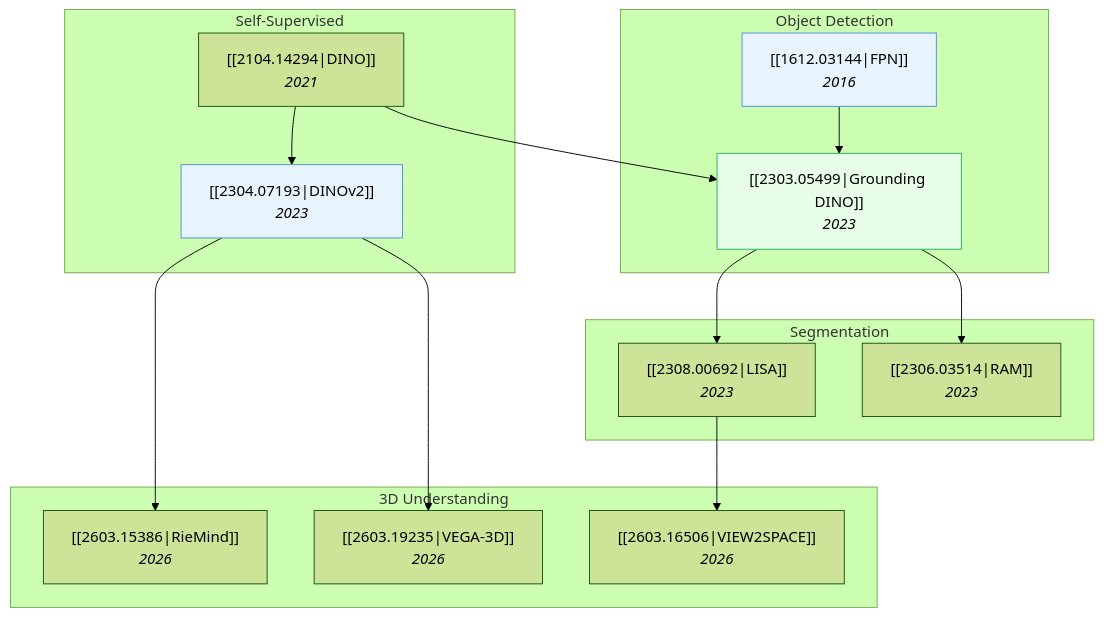
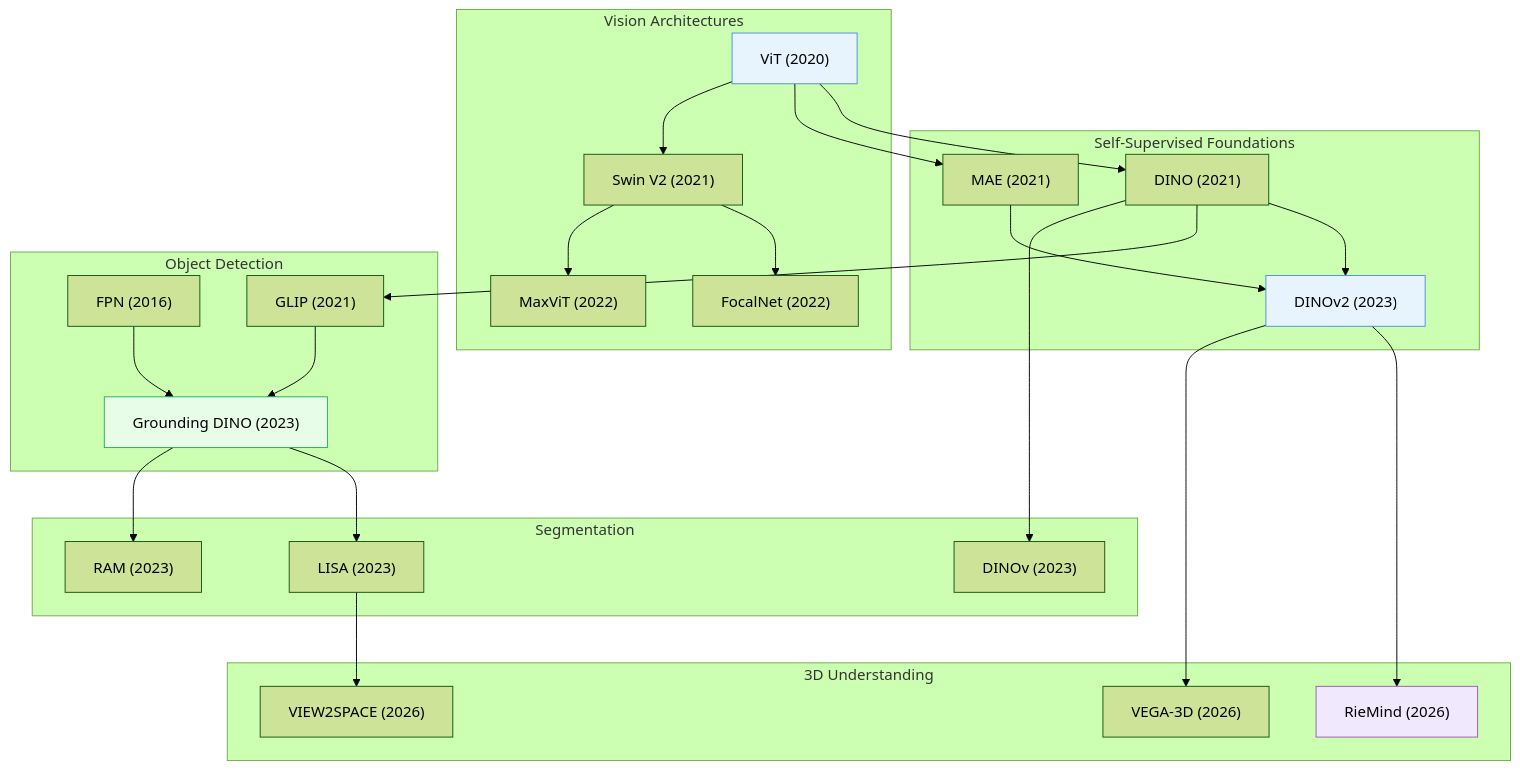
One commit to ChuaHanChong/ResearchBrain changed the diagram in General/05_Computer-Vision-and-3D.md. Above: the diagram before and after it, drawn with Mermaid (forest theme). The commit also changed other lines of this file and 53 other files, not shown here.

````diff
--- a/General/05_Computer-Vision-and-3D.md
+++ b/General/05_Computer-Vision-and-3D.md
@@ -20,36 +24,55 @@
 ```mermaid
 graph TD
-    subgraph "Object Detection"
-        A["[[1612.03144|FPN]]<br/><i>2016</i>"]
-        B["[[2303.05499|Grounding DINO]]<br/><i>2023</i>"]
+    subgraph "Self-Supervised Foundations"
+        A["DINO (2021)"]
+        B["MAE (2021)"]
+        C["DINOv2 (2023)"]
     end
 
-    subgraph "Self-Supervised"
-        C["[[2104.14294|DINO]]<br/><i>2021</i>"]
-        D["[[2304.07193|DINOv2]]<br/><i>2023</i>"]
+    subgraph "Vision Architectures"
+        D["ViT (2020)"]
+        E["Swin V2 (2021)"]
+        F["FocalNet (2022)"]
+        G["MaxViT (2022)"]
+    end
+
+    subgraph "Object Detection"
+        H["FPN (2016)"]
+        I["Grounding DINO (2023)"]
+        J["GLIP (2021)"]
     end
 
     subgraph "Segmentation"
-        E["[[2308.00692|LISA]]<br/><i>2023</i>"]
-        F["[[2306.03514|RAM]]<br/><i>2023</i>"]
+        K["LISA (2023)"]
+        L["RAM (2023)"]
+        M["DINOv (2023)"]
     end
 
     subgraph "3D Understanding"
-        G["[[2603.15386|RieMind]]<br/><i>2026</i>"]
-        H["[[2603.19235|VEGA-3D]]<br/><i>2026</i>"]
-        I["[[2603.16506|VIEW2SPACE]]<br/><i>2026</i>"]
+        N["RieMind (2026)"]
+        O["VEGA-3D (2026)"]
+        P["VIEW2SPACE (2026)"]
     end
 
-    A --> B
-    C --> D
-    C --> B
-    D --> G
-    D --> H
-    B --> E
-    B --> F
-    E --> I
+    D --> A
+    D --> B
+    D --> E
+    A --> C
+    B --> C
+    H --> I
+    J --> I
+    A --> J
+    C --> N
+    C --> O
+    I --> K
+    I --> L
+    A --> M
+    K --> P
+    E --> F
+    E --> G
 
-    style A fill:#e8f4fd,stroke:#4a90d9
     style D fill:#e8f4fd,stroke:#4a90d9
-    style B fill:#e8fde8,stroke:#27ae60
+    style C fill:#e8f4fd,stroke:#4a90d9
+    style I fill:#e8fde8,stroke:#27ae60
+    style N fill:#f0e8fd,stroke:#9b59b6
 ```
````
